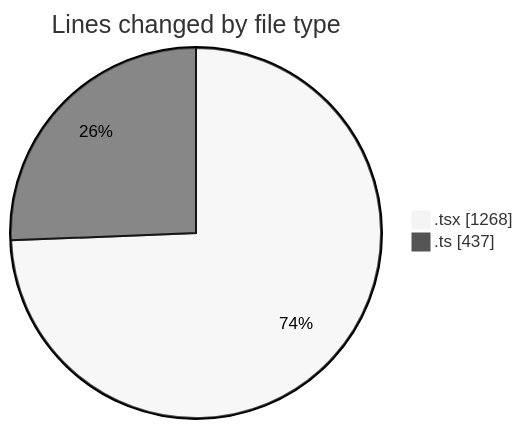
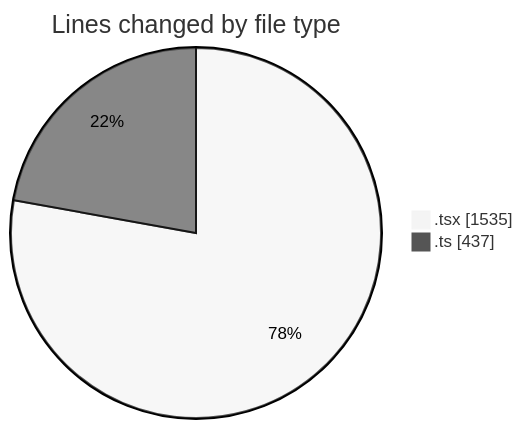
The first of 2 diagrams in 2025-01-29/mbc-web/README.md (robertbonfada/code-tracking), drawn with Mermaid (neutral theme) before and after one commit. The commit also changed other lines of this file and 1 other file, not shown here.

````diff
--- a/2025-01-29/mbc-web/README.md
+++ b/2025-01-29/mbc-web/README.md
@@ -31,6 +33,6 @@
 ```mermaid
 pie showData
 title Lines changed by file type
-".tsx" : 1268
+".tsx" : 1535
 ".ts" : 437
 ```
````
